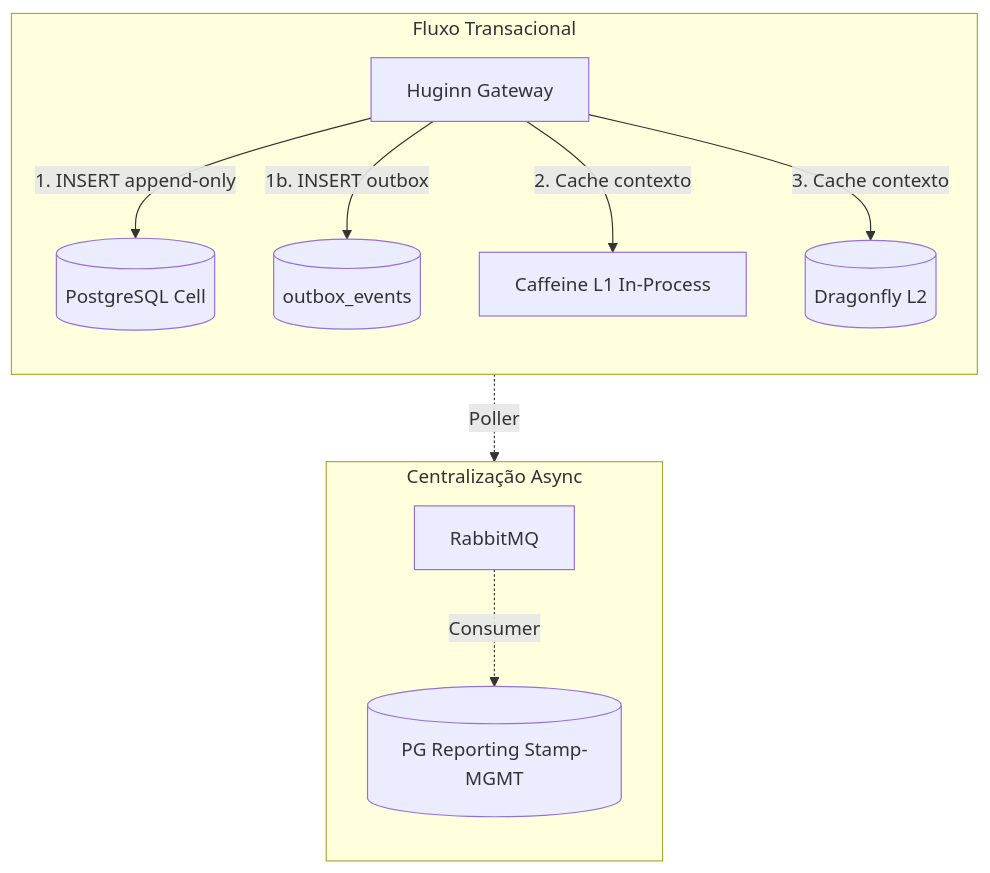
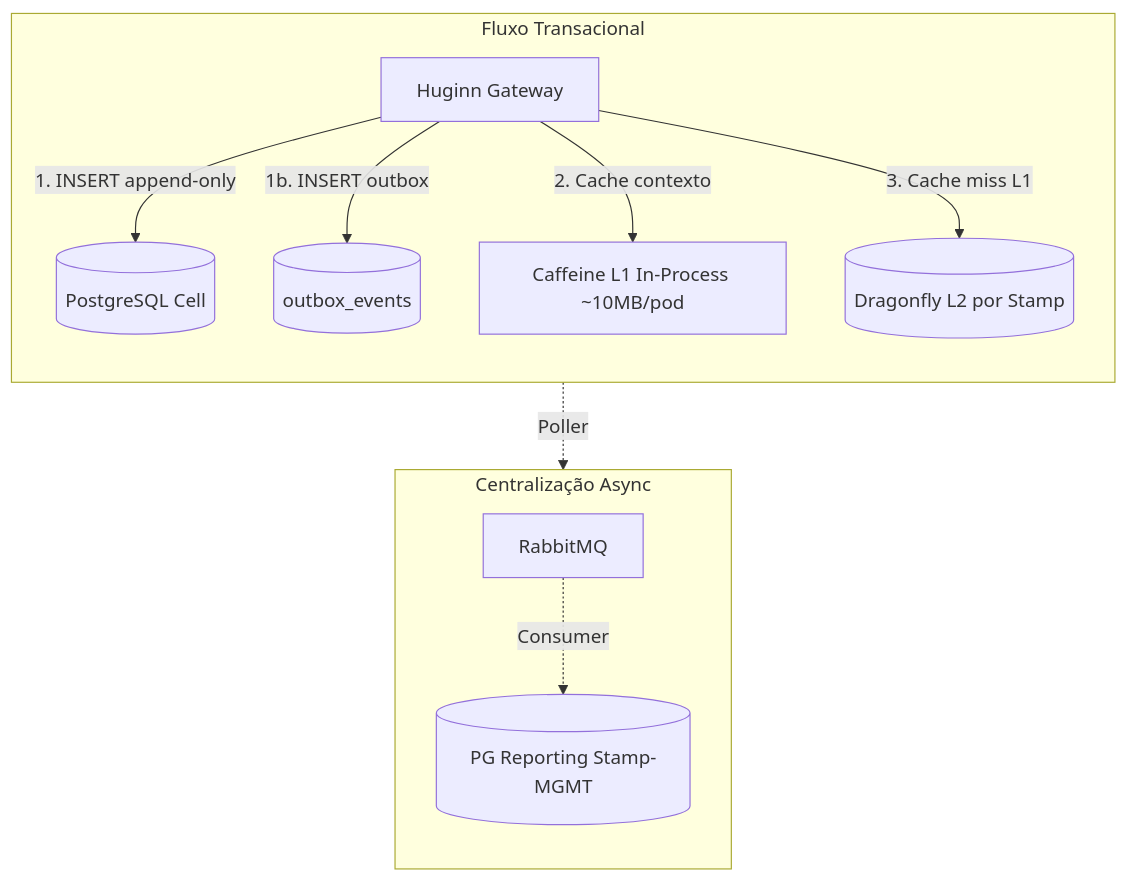
One commit to edercnj/claude-environment changed the second of 4 diagrams in ARCHITECTURE-OVERVIEW.md. Above: the diagram before and after it, drawn with Mermaid. The commit also changed other lines of this file, not shown here.

Commit message:
feat: Document and detail the new two-layer caching architecture with Caffeine L1 and shared Dragonfly L2 per Stamp.

````diff
--- a/ARCHITECTURE-OVERVIEW.md
+++ b/ARCHITECTURE-OVERVIEW.md
@@ -262,16 +265,16 @@
 ```mermaid
 flowchart TD
     subgraph Transaction ["Fluxo Transacional"]
         direction TB
         Huginn[Huginn Gateway] -->|1. INSERT append-only| PG[(PostgreSQL Cell)]
         Huginn -->|1b. INSERT outbox| Outbox[(outbox_events)]
-        Huginn -->|2. Cache contexto| L1[Caffeine L1 In-Process]
-        Huginn -->|3. Cache contexto| DF[(Dragonfly L2)]
+        Huginn -->|2. Cache contexto| L1[Caffeine L1 In-Process ~10MB/pod]
+        Huginn -->|3. Cache miss L1| DF[(Dragonfly L2 por Stamp)]
     end
 
     subgraph Centralization ["Centralização Async"]
         direction TB
         Outbox -.->|Poller| RMQ[RabbitMQ]
         RMQ -.->|Consumer| ReportingDB[(PG Reporting Stamp-MGMT)]
     end
 ```
````
